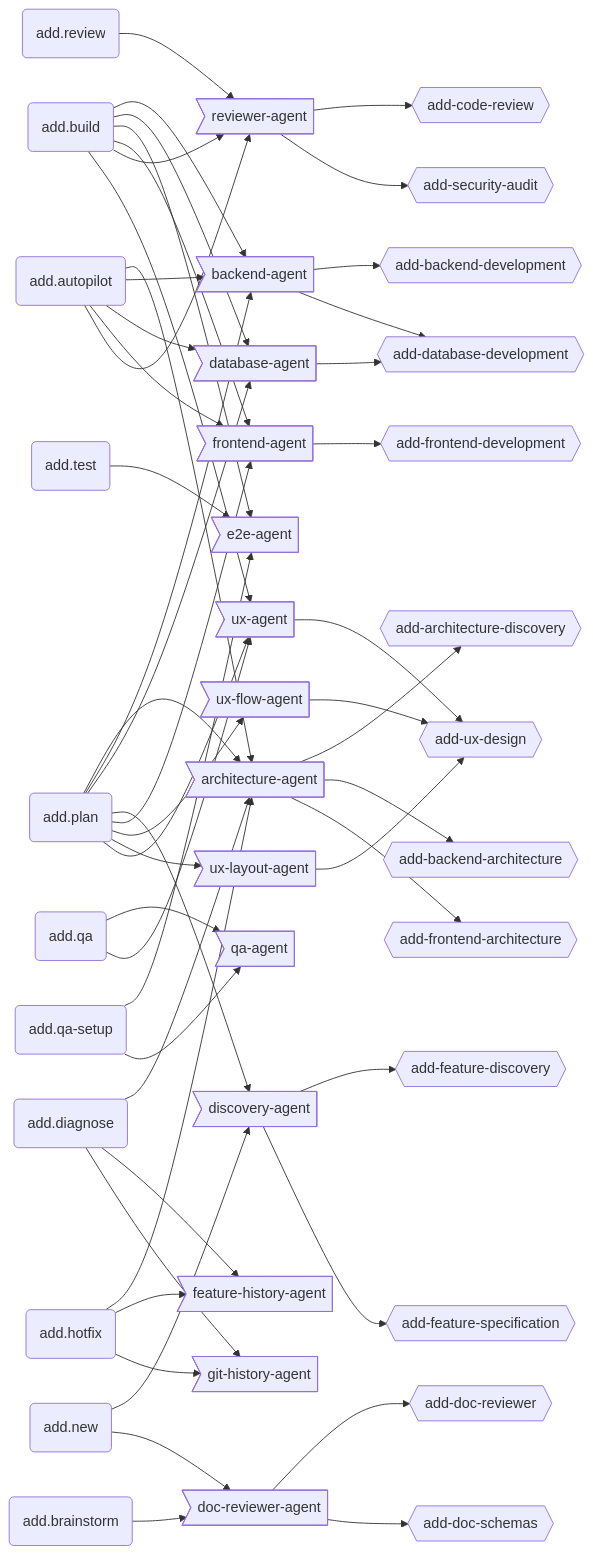
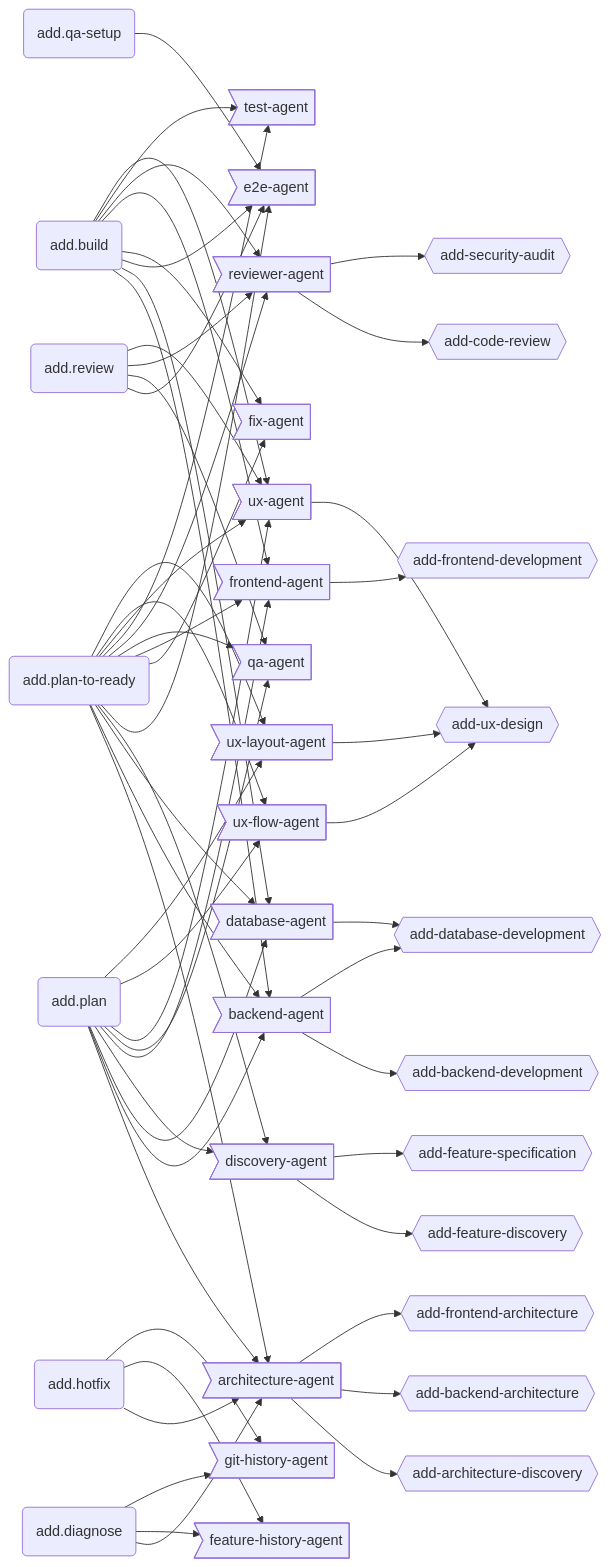
One commit to brabos-ai/code-addiction changed the third of 3 diagrams in ecosystem.md. Above: the diagram before and after it, drawn with Mermaid. The commit also changed other lines of this file and 14 other files, not shown here.

First line of the commit message:
feat: replace autopilot with plan-to-ready loop; absorb qa/test into review

````diff
--- a/ecosystem.md
+++ b/ecosystem.md
@@ -86,66 +92,56 @@
 ```mermaid
 graph LR
-  AUTO(add.autopilot)
-  BRAINSTORM(add.brainstorm)
   BUILD(add.build)
   DIAGNOSE(add.diagnose)
   HOTFIX(add.hotfix)
-  NEW(add.new)
   PLAN(add.plan)
-  QA(add.qa)
+  PLANTOREADY(add.plan-to-ready)
   QASETUP(add.qa-setup)
   REVIEW(add.review)
-  TEST(add.test)
 
-  ARCH>architecture-agent]
-  BA>backend-agent]
-  DA>database-agent]
-  DISCO>discovery-agent]
-  DOCR>doc-reviewer-agent]
-  E2EA>e2e-agent]
-  FA>frontend-agent]
-  FHA>feature-history-agent]
-  GHA>git-history-agent]
+  ARA>architecture-agent]
+  BAA>backend-agent]
+  DAA>database-agent]
+  DIA>discovery-agent]
+  E2A>e2e-agent]
+  FEHIA>feature-history-agent]
+  FIA>fix-agent]
+  FRA>frontend-agent]
+  GIHIA>git-history-agent]
   QAA>qa-agent]
-  RA>reviewer-agent]
+  REA>reviewer-agent]
+  TEA>test-agent]
   UXA>ux-agent]
-  UXF>ux-flow-agent]
-  UXL>ux-layout-agent]
+  UXFLA>ux-flow-agent]
+  UXLAA>ux-layout-agent]
 
-  AD{{add-architecture-discovery}}
-  BARCH{{add-backend-architecture}}
-  BE{{add-backend-development}}
-  CR{{add-code-review}}
-  DB{{add-database-development}}
-  DR{{add-doc-reviewer}}
-  DS{{add-doc-schemas}}
-  FD{{add-feature-discovery}}
-  FE{{add-frontend-development}}
-  FARCH{{add-frontend-architecture}}
-  FS{{add-feature-specification}}
-  SA{{add-security-audit}}
-  UX{{add-ux-design}}
+  ARDI{{add-architecture-discovery}}
+  BAAR{{add-backend-architecture}}
+  BADE{{add-backend-development}}
+  CORE{{add-code-review}}
+  DADE{{add-database-development}}
+  FEDI{{add-feature-discovery}}
+  FESP{{add-feature-specification}}
+  FRAR{{add-frontend-architecture}}
+  FRDE{{add-frontend-development}}
+  SEAU{{add-security-audit}}
+  UXDE{{add-ux-design}}
 
-  AUTO --> ARCH & BA & DA & FA & RA
-  BRAINSTORM --> DOCR
-  BUILD --> BA & DA & E2EA & FA & RA & UXA
-  DIAGNOSE --> ARCH & FHA & GHA
-  HOTFIX --> ARCH & FHA & GHA
-  NEW --> DISCO & DOCR
-  PLAN --> ARCH & BA & DA & DISCO & FA & UXF & UXL & UXA
-  QA --> QAA & UXA
-  QASETUP --> E2EA & QAA
-  REVIEW --> RA
-  TEST --> E2EA
+  BUILD --> BAA & DAA & E2A & FIA & FRA & REA & TEA & UXA
+  DIAGNOSE --> ARA & FEHIA & GIHIA
+  HOTFIX --> ARA & FEHIA & GIHIA
+  PLAN --> ARA & BAA & DAA & DIA & FRA & QAA & UXA & UXFLA & UXLAA
+  PLANTOREADY --> ARA & BAA & DAA & DIA & E2A & FIA & FRA & QAA & REA & TEA & UXA & UXFLA & UXLAA
+  QASETUP --> E2A
+  REVIEW --> E2A & QAA & REA & UXA
 
-  ARCH --> AD & BARCH & FARCH
-  BA --> BE & DB
-  DA --> DB
-  DISCO --> FD & FS
-  DOCR --> DR & DS
-  FA --> FE
-  RA --> CR & SA
-  UXA --> UX
-  UXF --> UX
-  UXL --> UX
+  ARA --> ARDI & BAAR & FRAR
+  BAA --> BADE & DADE
+  DAA --> DADE
+  DIA --> FEDI & FESP
+  FRA --> FRDE
+  REA --> CORE & SEAU
+  UXA --> UXDE
+  UXFLA --> UXDE
+  UXLAA --> UXDE
 ```
````
